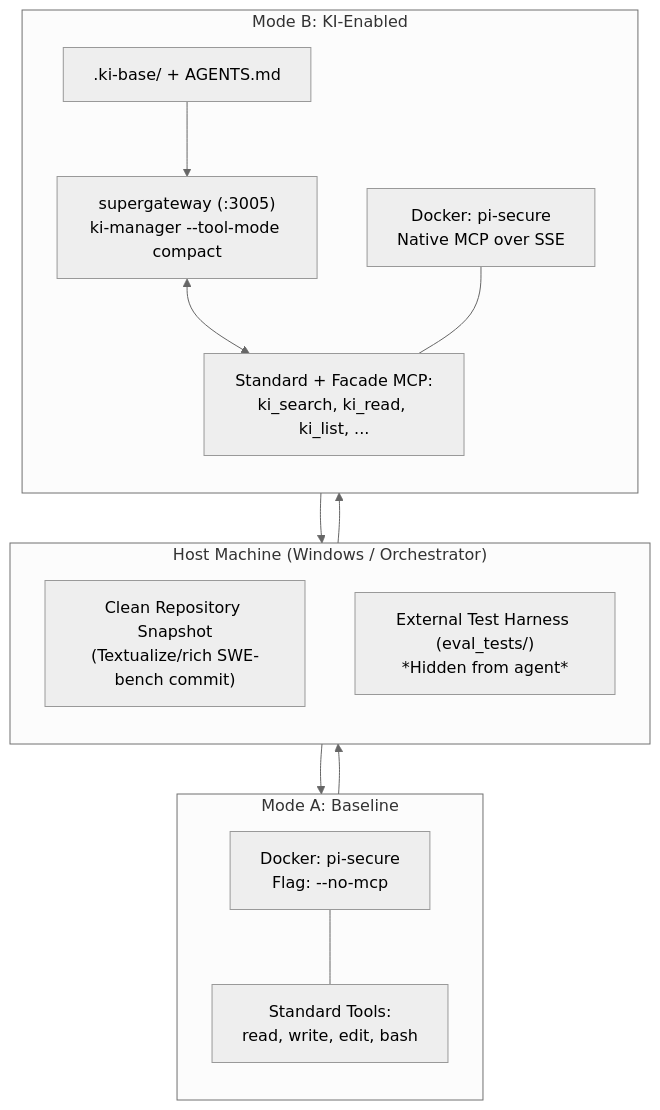
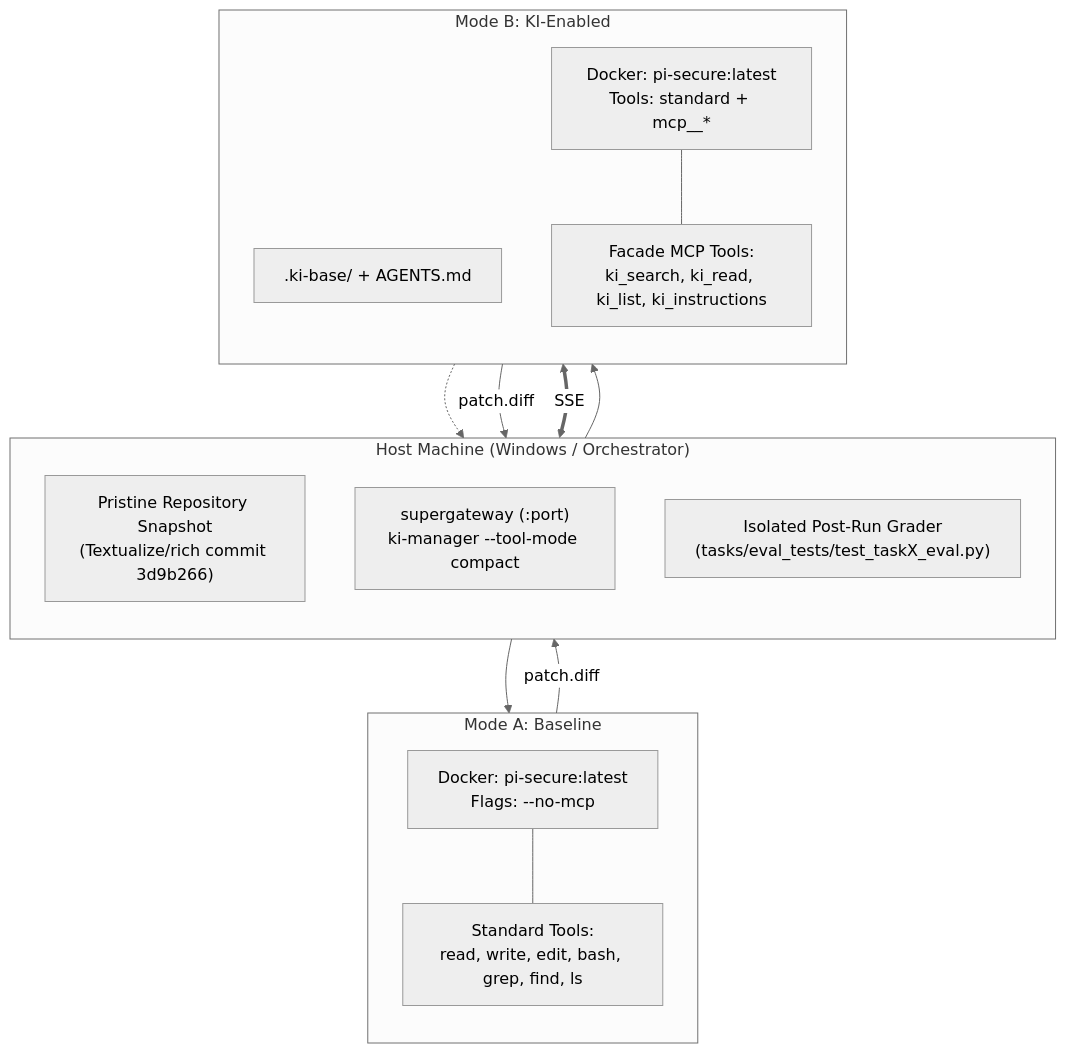
One commit to Laeryid/KI-manager-evaluation changed the diagram in README.md. Above: the diagram before and after it, drawn with Mermaid (neutral theme). The commit also changed other lines of this file and 1 other file, not shown here.

````diff
--- a/README.md
+++ b/README.md
@@ -32,32 +32,32 @@
 ```mermaid
 flowchart TD
     subgraph Host["Host Machine (Windows / Orchestrator)"]
         direction TB
-        Snapshot["Clean Repository Snapshot\n(Textualize/rich SWE-bench commit)"]
-        TestHarness["External Test Harness (eval_tests/)\n*Hidden from agent*"]
+        Snapshot["Pristine Repository Snapshot\n(Textualize/rich commit 3d9b266)"]
+        SG["supergateway (:port)\nki-manager --tool-mode compact"]
+        TestHarness["Isolated Post-Run Grader\n(tasks/eval_tests/test_taskX_eval.py)"]
     end
 
     subgraph ModeA["Mode A: Baseline"]
         direction TB
-        DockerA["Docker: pi-secure\nFlag: --no-mcp"]
-        ToolsA["Standard Tools:\nread, write, edit, bash"]
+        DockerA["Docker: pi-secure:latest\nFlags: --no-mcp"]
+        ToolsA["Standard Tools:\nread, write, edit, bash, grep, find, ls"]
         DockerA --- ToolsA
     end
 
     subgraph ModeB["Mode B: KI-Enabled"]
         direction TB
         KIBaseDir[".ki-base/ + AGENTS.md"]
-        SGEngine["supergateway (:3005)\nki-manager --tool-mode compact"]
-        DockerB["Docker: pi-secure\nNative MCP over SSE"]
-        ToolsB["Standard + Facade MCP:\nki_search, ki_read, ki_list, ..."]
+        DockerB["Docker: pi-secure:latest\nTools: standard + mcp__*"]
+        ToolsB["Facade MCP Tools:\nki_search, ki_read, ki_list, ki_instructions"]
         
-        KIBaseDir --> SGEngine
-        SGEngine <--> ToolsB
+        KIBaseDir -.-> SG
+        SG <== SSE ==> DockerB
         DockerB --- ToolsB
     end
 
     Snapshot --> ModeA
     Snapshot --> ModeB
-    ModeA --> TestHarness
-    ModeB --> TestHarness
+    ModeA -->|patch.diff| TestHarness
+    ModeB -->|patch.diff| TestHarness
 ```
````
